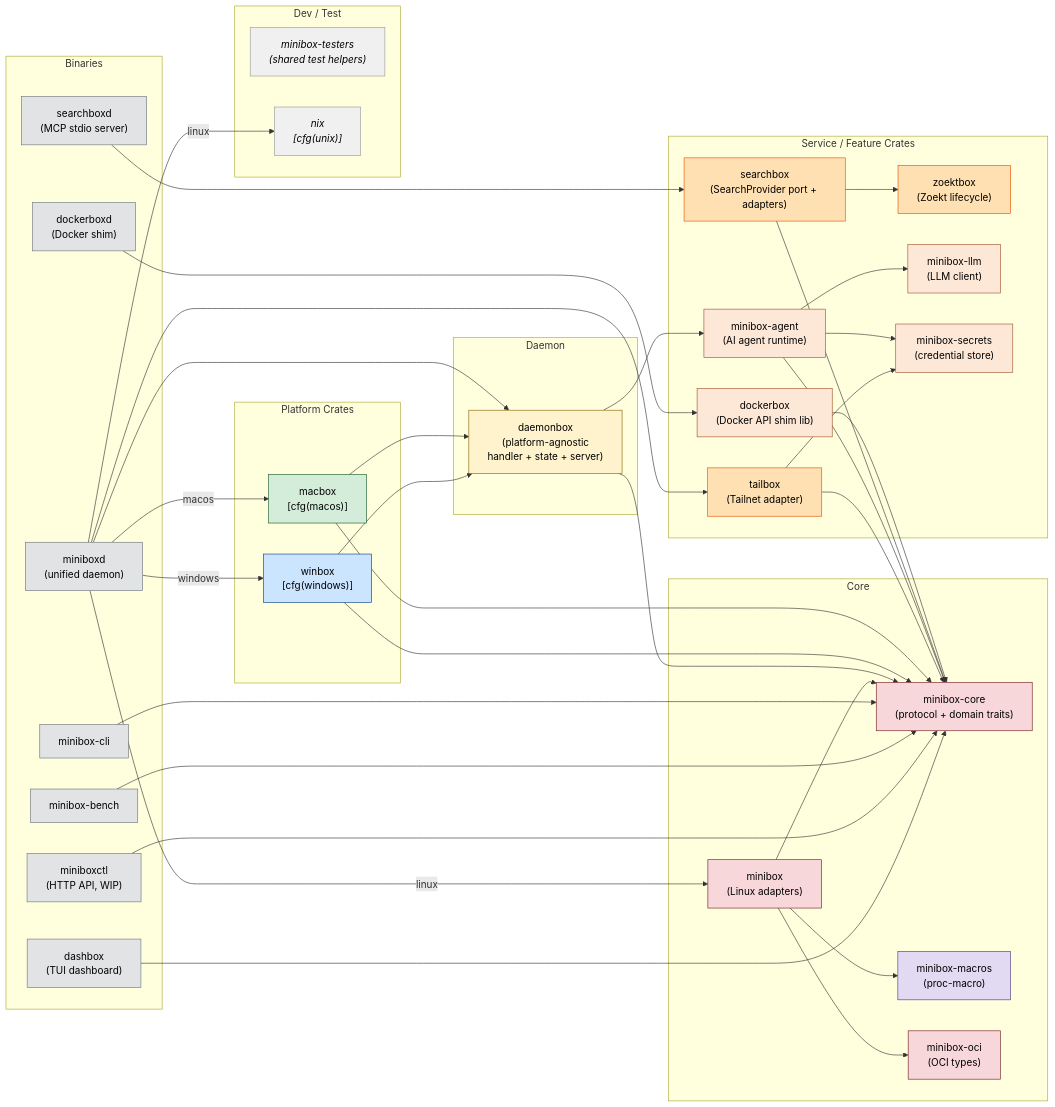
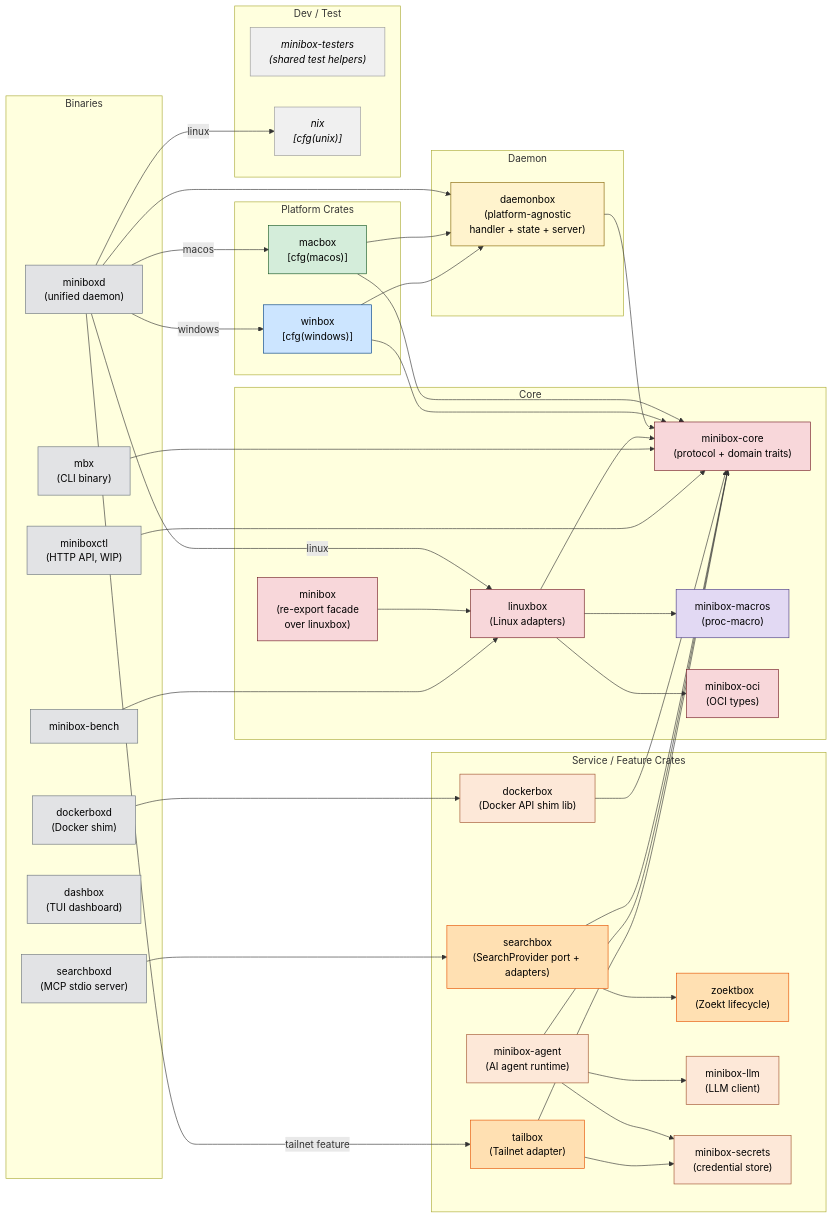
Before and after one commit to 89jobrien/minibox: the diagram in docs/diagrams/crate-dependency-graph.md, drawn with Mermaid. The commit also changed other lines of this file and 29 other files, not shown here.

```diff
--- a/docs/diagrams/crate-dependency-graph.md
+++ b/docs/diagrams/crate-dependency-graph.md
@@ -11,7 +12,7 @@
 flowchart LR
     subgraph binaries["Binaries"]
         miniboxd["miniboxd\n(unified daemon)"]
-        minibox_cli["minibox-cli"]
+        mbx["mbx\n(CLI binary)"]
         minibox_bench["minibox-bench"]
         miniboxctl["miniboxctl\n(HTTP API, WIP)"]
         dockerboxd["dockerboxd\n(Docker shim)"]
@@ -30,7 +31,8 @@
 
     subgraph core["Core"]
         minibox_core["minibox-core\n(protocol + domain traits)"]
-        minibox["minibox\n(Linux adapters)"]
+        minibox["minibox\n(re-export facade\nover linuxbox)"]
+        linuxbox["linuxbox\n(Linux adapters)"]
         minibox_macros["minibox-macros\n(proc-macro)"]
         minibox_oci["minibox-oci\n(OCI types)"]
     end
@@ -50,12 +52,12 @@
         nix["nix\n[cfg(unix)]"]
     end
 
-    miniboxd -->|"linux"| minibox
+    miniboxd -->|"linux"| linuxbox
     miniboxd -->|"linux"| nix
     miniboxd -->|"macos"| macbox
     miniboxd -->|"windows"| winbox
     miniboxd --> daemonbox
-    miniboxd --> tailbox
+    miniboxd -->|"tailnet feature"| tailbox
 
     macbox --> daemonbox
     macbox --> minibox_core
@@ -63,14 +65,14 @@
     winbox --> minibox_core
 
     daemonbox --> minibox_core
-    daemonbox --> minibox_agent
 
-    minibox --> minibox_core
-    minibox --> minibox_oci
-    minibox --> minibox_macros
+    minibox --> linuxbox
+    linuxbox --> minibox_core
+    linuxbox --> minibox_oci
+    linuxbox --> minibox_macros
 
-    minibox_cli --> minibox_core
-    minibox_bench --> minibox_core
+    mbx --> minibox_core
+    minibox_bench --> linuxbox
     miniboxctl --> minibox_core
     dockerboxd --> dockerbox
     dockerbox --> minibox_core
@@ -78,8 +80,6 @@
     searchboxd --> searchbox
     searchbox --> zoektbox
     searchbox --> minibox_core
-
-    dashbox --> minibox_core
 
     minibox_agent --> minibox_llm
     minibox_agent --> minibox_secrets
@@ -97,11 +97,11 @@
     classDef new_crate fill:#ffe0b2,stroke:#e65100,color:#000;
     classDef external fill:#f0f0f0,stroke:#999,color:#000,font-style:italic;
 
-    class miniboxd,minibox_cli,minibox_bench,miniboxctl,dockerboxd,dashbox,searchboxd binary;
+    class miniboxd,mbx,minibox_bench,miniboxctl,dockerboxd,dashbox,searchboxd binary;
     class macbox platform_mac;
     class winbox platform_win;
     class daemonbox daemon_crate;
-    class minibox_core,minibox,minibox_oci core_crate;
+    class minibox_core,minibox,linuxbox,minibox_oci core_crate;
     class minibox_macros macro_crate;
     class minibox_agent,minibox_llm,minibox_secrets,dockerbox service_crate;
     class searchbox,zoektbox,tailbox new_crate;
```
